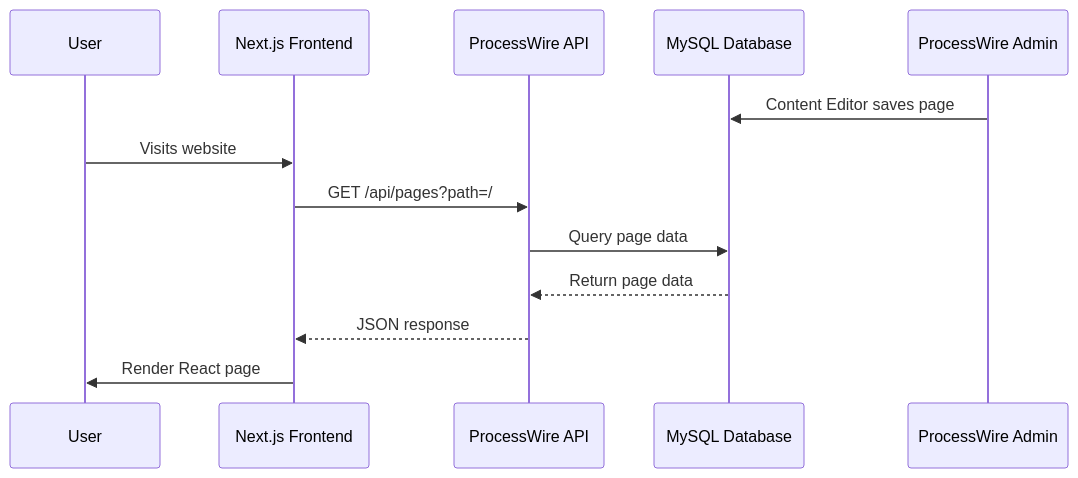
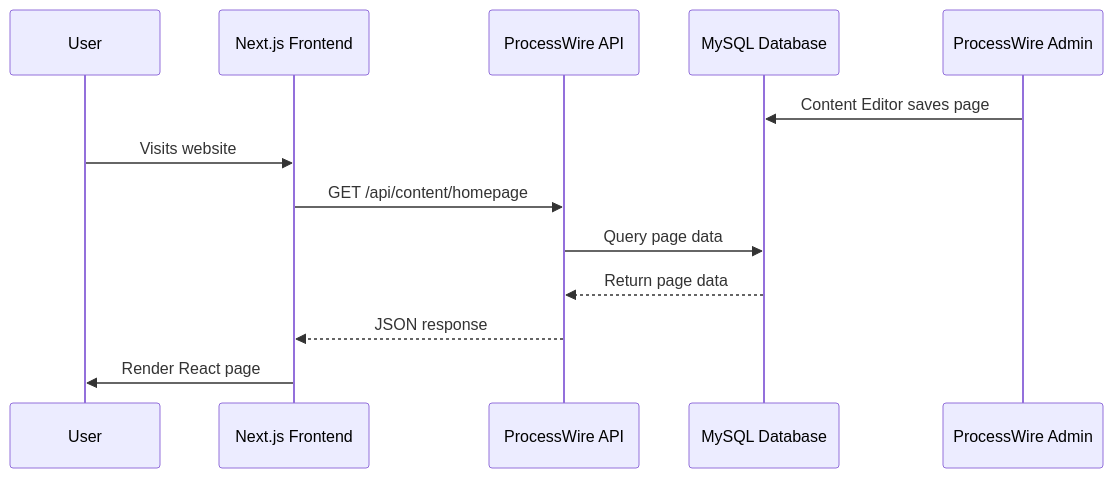
Before and after one commit to gemuesegenossenschaft-bioco/bioco-web-project: the second of 2 diagrams in HANDOFF.md, drawn with Mermaid. The commit also changed other lines of this file and 4 other files, not shown here.

````diff
--- a/HANDOFF.md
+++ b/HANDOFF.md
@@ -210,16 +210,16 @@
 ```mermaid
 sequenceDiagram
     participant User
     participant NextJS as Next.js Frontend
     participant API as ProcessWire API
     participant DB as MySQL Database
     participant Admin as ProcessWire Admin
     
     Admin->>DB: Content Editor saves page
     User->>NextJS: Visits website
-    NextJS->>API: GET /api/pages?path=/
+    NextJS->>API: GET /api/content/homepage
     API->>DB: Query page data
     DB-->>API: Return page data
     API-->>NextJS: JSON response
     NextJS->>User: Render React page
 ```
````
